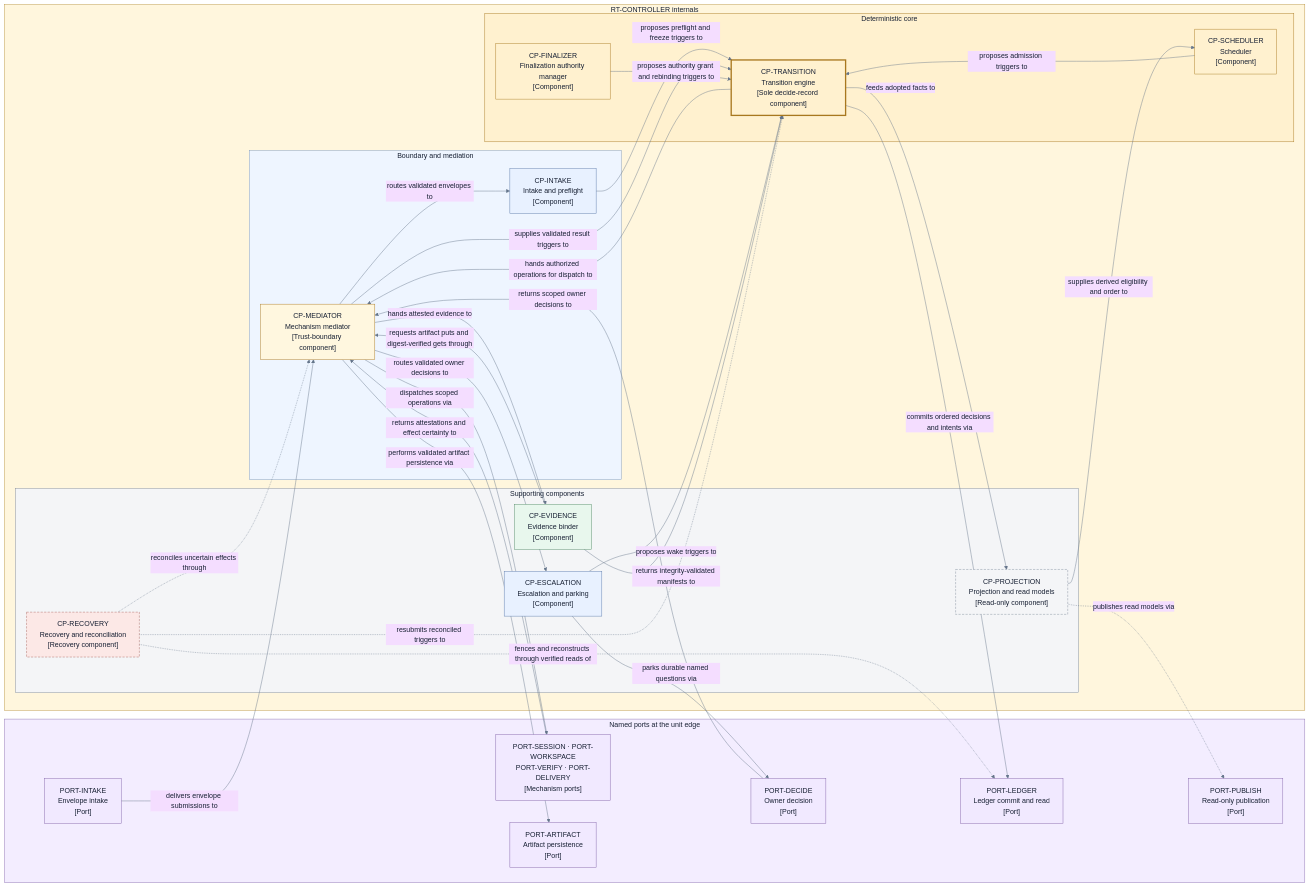
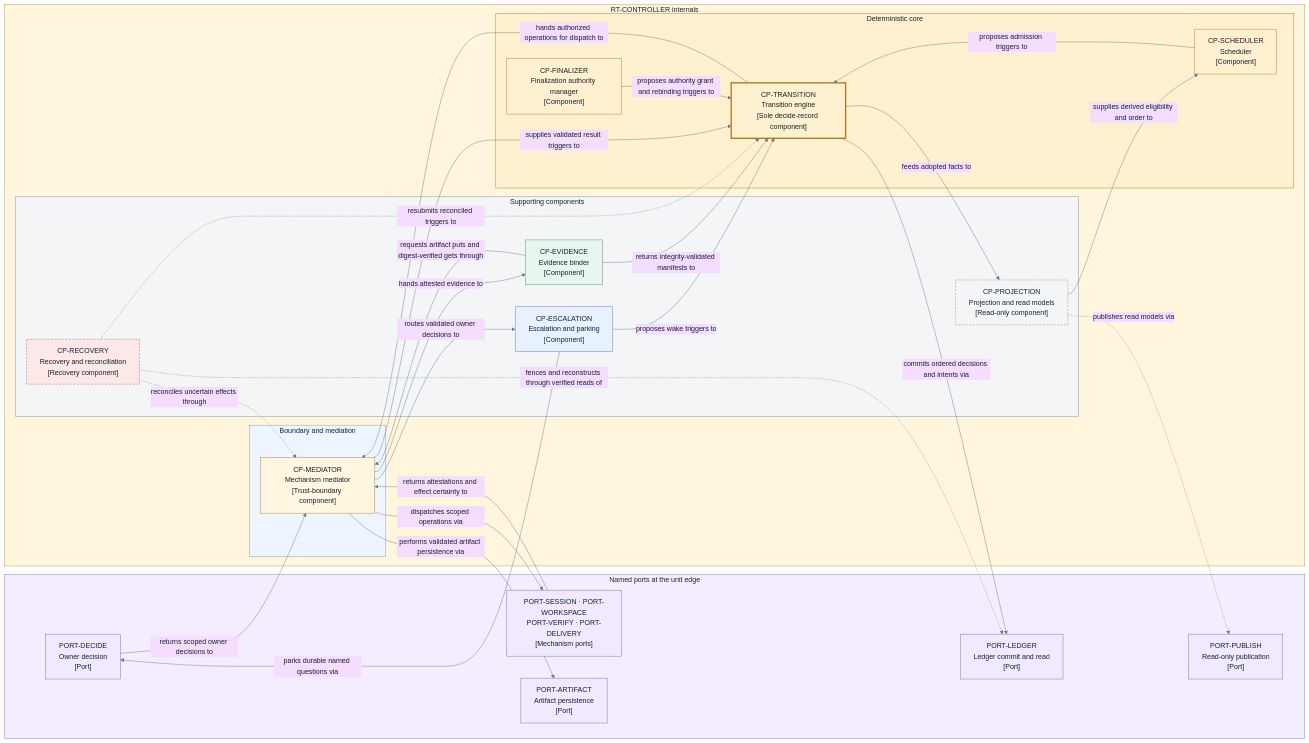
One commit to agentic-workflow-kit/jig changed the diagram in docs/redesign/design/components/control-plane.md. Above: the diagram before and after it, drawn with Mermaid. The commit also changed other lines of this file and 19 other files, not shown here.

````diff
--- a/docs/redesign/design/components/control-plane.md
+++ b/docs/redesign/design/components/control-plane.md
@@ -132,77 +140,72 @@
 ```mermaid
 %%{init: {"theme": "base", "themeVariables": {"fontFamily": "Inter, ui-sans-serif, system-ui", "primaryTextColor": "#172033", "lineColor": "#65758b"}}}%%
 flowchart LR
     subgraph Ports["Named ports at the unit edge"]
-        PIntake["PORT-INTAKE<br/>Envelope intake<br/>[Port]"]
         PDecide["PORT-DECIDE<br/>Owner decision<br/>[Port]"]
         PMech["PORT-SESSION · PORT-WORKSPACE<br/>PORT-VERIFY · PORT-DELIVERY<br/>[Mechanism ports]"]
         PLedger["PORT-LEDGER<br/>Ledger commit and read<br/>[Port]"]
         PArtifact["PORT-ARTIFACT<br/>Artifact persistence<br/>[Port]"]
         PPublish["PORT-PUBLISH<br/>Read-only publication<br/>[Port]"]
     end
 
     subgraph Controller["RT-CONTROLLER internals"]
         subgraph Boundary["Boundary and mediation"]
             Mediator["CP-MEDIATOR<br/>Mechanism mediator<br/>[Trust-boundary component]"]
-            Intake["CP-INTAKE<br/>Intake and preflight<br/>[Component]"]
         end
         subgraph Core["Deterministic core"]
             Transition["CP-TRANSITION<br/>Transition engine<br/>[Sole decide-record component]"]
             Scheduler["CP-SCHEDULER<br/>Scheduler<br/>[Component]"]
             Finalizer["CP-FINALIZER<br/>Finalization authority manager<br/>[Component]"]
         end
         subgraph Support["Supporting components"]
             Evidence["CP-EVIDENCE<br/>Evidence binder<br/>[Component]"]
             Escalation["CP-ESCALATION<br/>Escalation and parking<br/>[Component]"]
             Recovery["CP-RECOVERY<br/>Recovery and reconciliation<br/>[Recovery component]"]
             Projection["CP-PROJECTION<br/>Projection and read models<br/>[Read-only component]"]
         end
     end
 
-    PIntake -->|"delivers envelope submissions to"| Mediator
     PDecide -->|"returns scoped owner decisions to"| Mediator
     PMech -->|"returns attestations and effect certainty to"| Mediator
-    Mediator -->|"routes validated envelopes to"| Intake
-    Intake -->|"proposes preflight and freeze triggers to"| Transition
     Mediator -->|"supplies validated result triggers to"| Transition
     Mediator -->|"routes validated owner decisions to"| Escalation
     Mediator -->|"hands attested evidence to"| Evidence
     Escalation -->|"proposes wake triggers to"| Transition
     Escalation -->|"parks durable named questions via"| PDecide
     Scheduler -->|"proposes admission triggers to"| Transition
     Finalizer -->|"proposes authority grant and rebinding triggers to"| Transition
     Evidence -->|"requests artifact puts and digest-verified gets through"| Mediator
     Mediator -->|"performs validated artifact persistence via"| PArtifact
     Evidence -->|"returns integrity-validated manifests to"| Transition
     Transition -->|"commits ordered decisions and intents via"| PLedger
     Transition -->|"hands authorized operations for dispatch to"| Mediator
     Mediator -->|"dispatches scoped operations via"| PMech
     Transition -->|"feeds adopted facts to"| Projection
     Projection -->|"supplies derived eligibility and order to"| Scheduler
     Projection -.->|"publishes read models via"| PPublish
     Recovery -.->|"fences and reconstructs through verified reads of"| PLedger
     Recovery -.->|"reconciles uncertain effects through"| Mediator
     Recovery -.->|"resubmits reconciled triggers to"| Transition
 
     style Ports fill:#f3edff,stroke:#8a6eb0,color:#172033
     style Controller fill:#fff6dd,stroke:#b8903a,color:#172033
     style Boundary fill:#eef5ff,stroke:#7a96bd,color:#172033
     style Core fill:#fff1cf,stroke:#a8781f,color:#172033
     style Support fill:#f4f5f7,stroke:#7c8798,color:#172033
     classDef port fill:#f1e9ff,stroke:#8061a8,color:#172033
     classDef trust fill:#fff7df,stroke:#a8781f,color:#172033
     classDef component fill:#e8f1ff,stroke:#5a78a8,color:#172033
     classDef core fill:#fff1cf,stroke:#a8781f,color:#172033
     classDef authority fill:#fff1cf,stroke:#a8781f,stroke-width:3px,color:#172033
     classDef evidence fill:#e8f7ed,stroke:#4f8a63,color:#172033
     classDef recovery fill:#fce8e6,stroke:#a7615b,stroke-dasharray:5 3,color:#172033
     classDef readonly fill:#f4f5f7,stroke:#7c8798,stroke-dasharray:5 3,color:#172033
-    class PIntake,PDecide,PMech,PLedger,PArtifact,PPublish port
+    class PDecide,PMech,PLedger,PArtifact,PPublish port
     class Mediator trust
-    class Intake,Escalation component
+    class Escalation component
     class Transition authority
     class Scheduler,Finalizer core
     class Evidence evidence
     class Recovery recovery
     class Projection readonly
 ```
````
